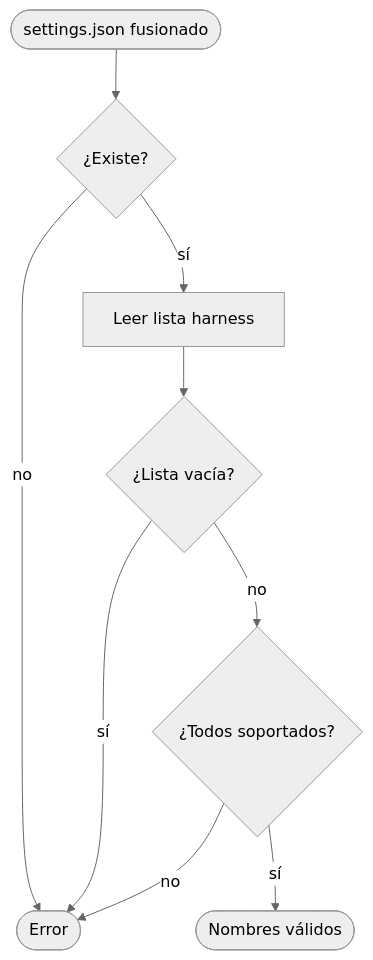
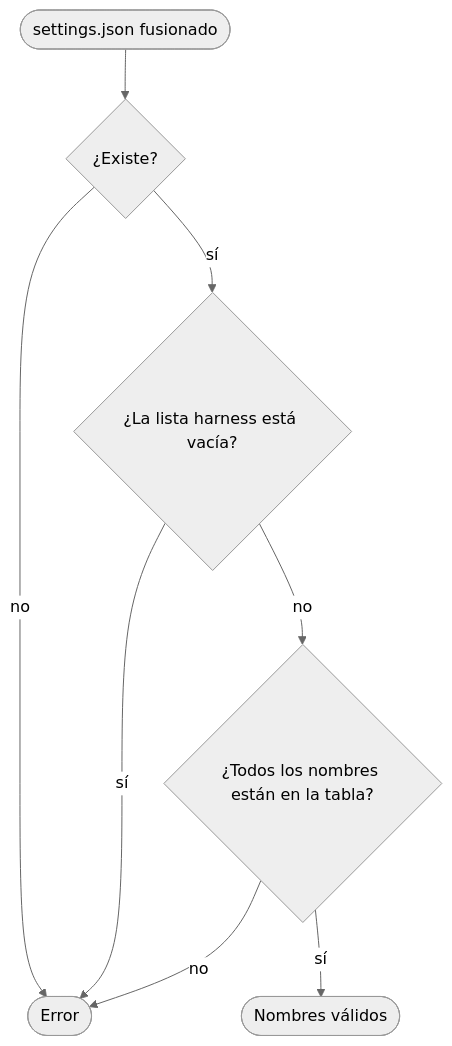
Before and after one commit to jliberal-aquas/aquas-harness: the fourth of 5 diagrams in docs/compilacion-del-canon/elegir-arneses.md, drawn with Mermaid (neutral theme). The commit also changed other lines of this file and 14 other files, not shown here.

First line of the commit message:
feat: capability-docs v0.2, manual de referencia con mapa y diagramas de datos

````diff
--- a/docs/compilacion-del-canon/elegir-arneses.md
+++ b/docs/compilacion-del-canon/elegir-arneses.md
@@ -21,11 +77,10 @@
 ```mermaid
 flowchart TD
   I([settings.json fusionado]) --> X{¿Existe?}
   X -->|no| E([Error])
-  X -->|sí| L[Leer lista harness]
-  L --> V{¿Lista vacía?}
+  X -->|sí| V{¿La lista harness está vacía?}
   V -->|sí| E
-  V -->|no| S{¿Todos soportados?}
+  V -->|no| S{¿Todos los nombres están en la tabla?}
   S -->|no| E
   S -->|sí| F([Nombres válidos])
 ```
````
